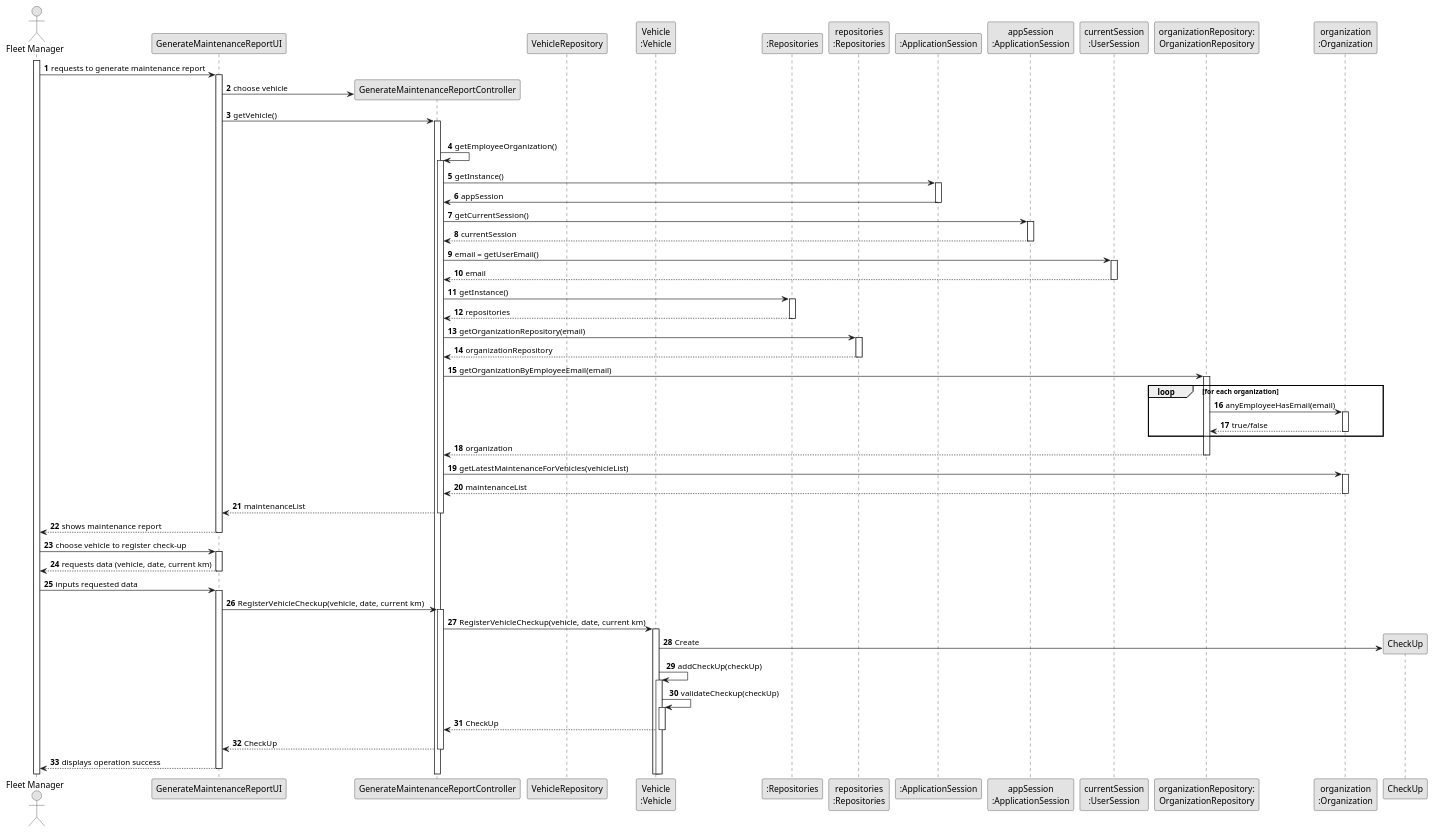
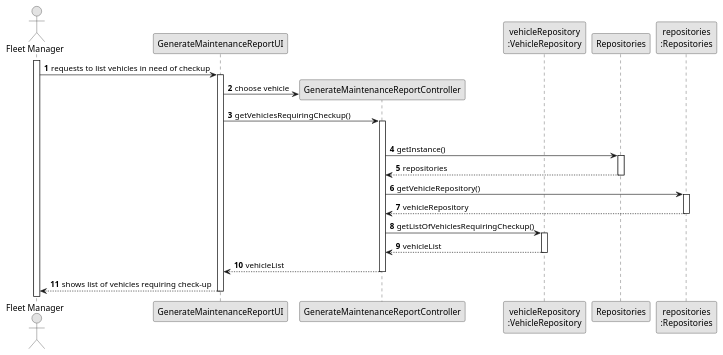
One commit to Departamento-de-Engenharia-Informatica/lei-24-s2-1dkl-g134 changed the diagram in docs/sprintB/us008/03.design/puml/us008-sequence-diagram-full.puml. Above: the diagram before and after it, drawn with PlantUML. The commit also changed 2 other files, not shown here.

```diff
--- a/docs/sprintB/us008/03.design/puml/us008-sequence-diagram-full.puml
+++ b/docs/sprintB/us008/03.design/puml/us008-sequence-diagram-full.puml
@@ -1,134 +1,57 @@
 @startuml
 skinparam monochrome true
 skinparam packageStyle rectangle
 skinparam shadowing false
 
 autonumber
 
 'hide footbox
 actor "Fleet Manager" as FM
 participant "GenerateMaintenanceReportUI" as UI
 participant "GenerateMaintenanceReportController" as CTRL
-participant "VehicleRepository" as VR
-participant "Vehicle\n:Vehicle" as V
-participant ":Repositories" as RepositorySingleton
+participant "vehicleRepository\n:VehicleRepository" as VR
+participant "Repositories" as RepositorySingleton
 participant "repositories\n:Repositories" as PLAT
-participant ":ApplicationSession" as _APP
-participant "appSession\n:ApplicationSession" as APP
-participant "currentSession\n:UserSession" as SESSAO
-participant "organizationRepository:\nOrganizationRepository" as OrganizationRepository
-participant "organization\n:Organization" as ORG
 
 
 activate FM
 
-        FM -> UI : requests to generate maintenance report
+        FM -> UI : requests to list vehicles in need of checkup
 
         activate UI
 
 '            UI --> ADM : requests data (reference, description,  informal \n description, technical description, duration, cost)
             'create CTRL
 
             UI -> CTRL** : choose vehicle
 
-            UI -> CTRL : getVehicle()
+            UI -> CTRL : getVehiclesRequiringCheckup()
             activate CTRL
 
                 |||
-                CTRL -> CTRL : getEmployeeOrganization()
-                activate CTRL
-
-                    CTRL -> _APP: getInstance()
-                    activate _APP
-                        _APP -> CTRL: appSession
-                    deactivate _APP
-
-
-                    CTRL -> APP: getCurrentSession()
-                    activate APP
-
-                        APP --> CTRL: currentSession
-                    deactivate APP
-
-                    CTRL -> SESSAO: email = getUserEmail()
-                    activate SESSAO
-
-                        SESSAO --> CTRL: email
-                    deactivate SESSAO
-
                     CTRL -> RepositorySingleton: getInstance()
                     activate RepositorySingleton
 
                     RepositorySingleton --> CTRL: repositories
                     deactivate RepositorySingleton
 
-                    CTRL -> PLAT: getOrganizationRepository(email)
+                    CTRL -> PLAT: getVehicleRepository()
                     activate PLAT
 
-                        PLAT --> CTRL: organizationRepository
+                        PLAT --> CTRL: vehicleRepository
                     deactivate PLAT
 
+                CTRL -> VR: getListOfVehiclesRequiringCheckup()
+                activate VR
 
-                    CTRL -> OrganizationRepository: getOrganizationByEmployeeEmail(email)
-                    activate OrganizationRepository
+                VR --> CTRL: vehicleList
+                deactivate VR
 
-                        loop for each organization
-
-                            OrganizationRepository -> ORG : anyEmployeeHasEmail(email)
-                            activate ORG
-
-                                 ORG --> OrganizationRepository : true/false
-                            deactivate ORG
-                        end
-                        OrganizationRepository --> CTRL : organization
-                    deactivate OrganizationRepository
-
-
-                CTRL -> ORG: getLatestMaintenanceForVehicles(vehicleList)
-                activate ORG
-
-                ORG --> CTRL: maintenanceList
-                deactivate ORG
-
-                CTRL --> UI :maintenanceList
+                CTRL --> UI :vehicleList
             deactivate CTRL
 
-            UI --> FM :  shows maintenance report
+            UI --> FM :  shows list of vehicles requiring check-up
         deactivate UI
-
-        FM -> UI : choose vehicle to register check-up
-                 activate UI
-
-        UI -->  FM : requests data (vehicle, date, current km)
-                 deactivate UI
-        FM -> UI : inputs requested data
-                activate UI
-
-                 UI -> CTRL : RegisterVehicleCheckup(vehicle, date, current km)
-                 activate CTRL
-
-   CTRL -> V : RegisterVehicleCheckup(vehicle, date, current km)
-                          activate V
-
-              V -> CheckUp** : Create
-
-
-              V ->V : addCheckUp(checkUp)
-              activate V
-
-              V->V : validateCheckup(checkUp)
-              activate V
-
-
-
-              V--->CTRL : CheckUp
-
-                          deactivate V
-              CTRL ---> UI : CheckUp
-                          deactivate CTRL
-
-              UI ---> FM : displays operation success
-                          deactivate UI
 
 
 @enduml
```
